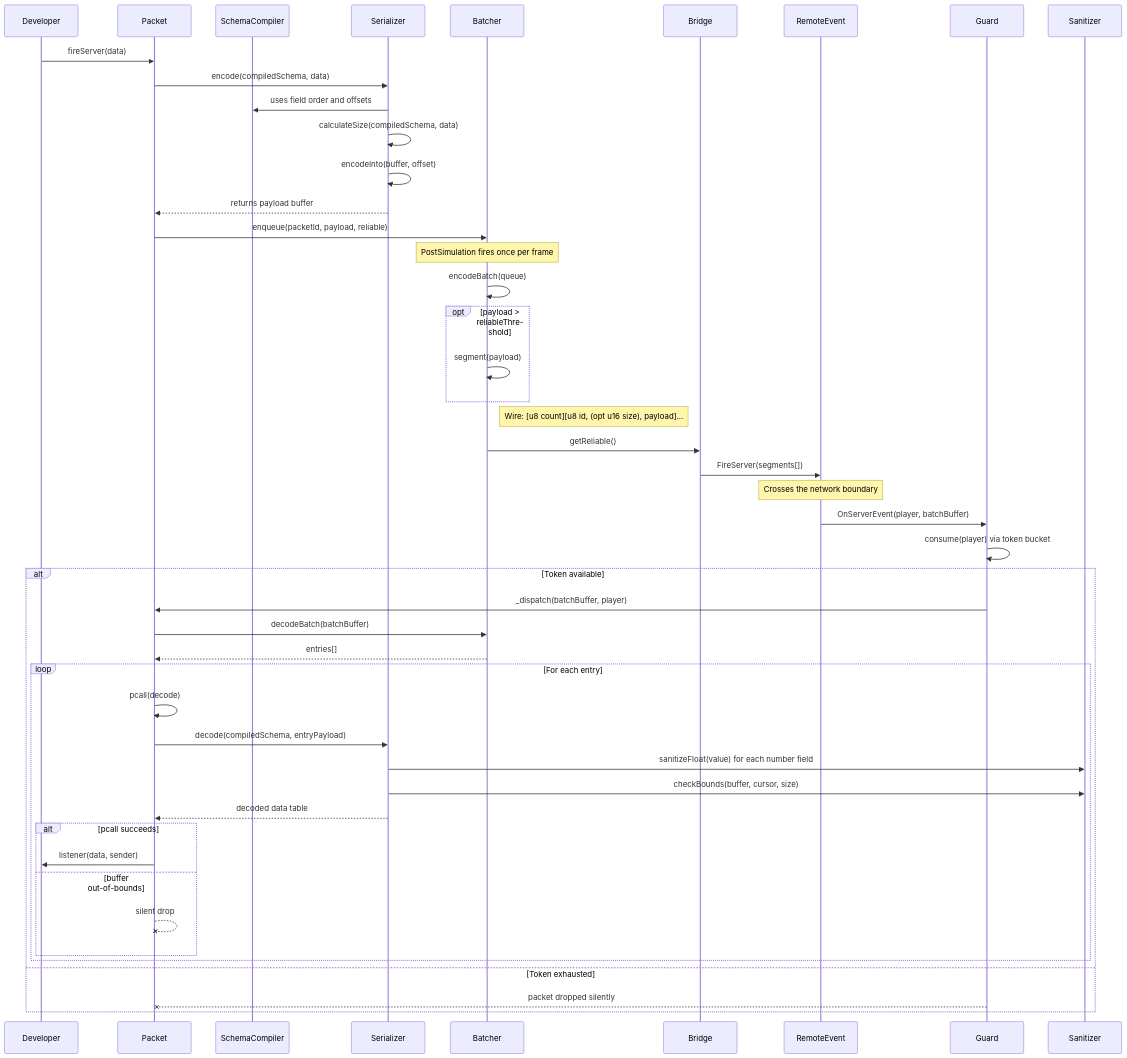
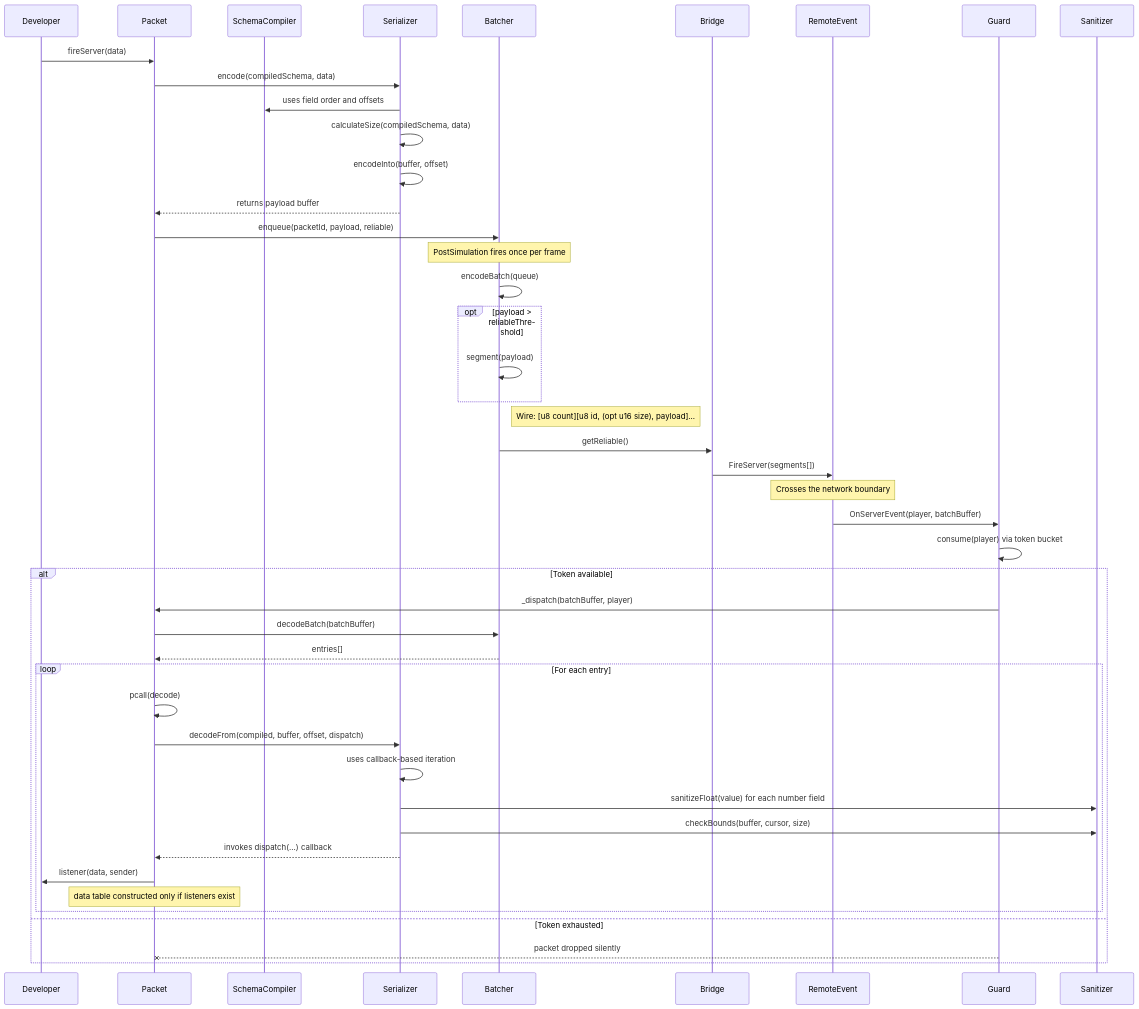
Before and after one commit to kurang-dana/satset: the first of 2 diagrams in docs/guide/architecture.md, drawn with Mermaid. The commit also changed 5 other files, not shown here.

````diff
--- a/docs/guide/architecture.md
+++ b/docs/guide/architecture.md
@@ -22,55 +22,53 @@
 ```mermaid
 sequenceDiagram
     participant Dev as Developer
     participant PK as Packet
     participant SC as SchemaCompiler
     participant SR as Serializer
     participant BT as Batcher
     participant BR as Bridge
     participant RE as RemoteEvent
     participant GD as Guard
     participant SN as Sanitizer
 
     Dev->>PK: fireServer(data)
     PK->>SR: encode(compiledSchema, data)
     SR->>SC: uses field order and offsets
     SR->>SR: calculateSize(compiledSchema, data)
     SR->>SR: encodeInto(buffer, offset)
     SR-->>PK: returns payload buffer
 
     PK->>BT: enqueue(packetId, payload, reliable)
 
     Note over BT: PostSimulation fires once per frame
 
     BT->>BT: encodeBatch(queue)
     opt payload > reliableThreshold
         BT->>BT: segment(payload)
     end
     Note right of BT: Wire: [u8 count][u8 id, (opt u16 size), payload]...
     BT->>BR: getReliable()
     BR->>RE: FireServer(segments[])
 
     Note over RE: Crosses the network boundary
 
     RE->>GD: OnServerEvent(player, batchBuffer)
     GD->>GD: consume(player) via token bucket
     alt Token available
         GD->>PK: _dispatch(batchBuffer, player)
         PK->>BT: decodeBatch(batchBuffer)
         BT-->>PK: entries[]
         loop For each entry
             PK->>PK: pcall(decode)
-            PK->>SR: decode(compiledSchema, entryPayload)
+            PK->>SR: decodeFrom(compiled, buffer, offset, dispatch)
+            SR->>SR: uses callback-based iteration
             SR->>SN: sanitizeFloat(value) for each number field
             SR->>SN: checkBounds(buffer, cursor, size)
-            SR-->>PK: decoded data table
-            alt pcall succeeds
-                PK->>Dev: listener(data, sender)
-            else buffer out-of-bounds
-                PK--xPK: silent drop
-            end
+            SR-->>PK: invokes dispatch(...) callback
+            PK->>Dev: listener(data, sender)
+            Note over PK: data table constructed only if listeners exist
         end
     else Token exhausted
         GD--xPK: packet dropped silently
     end
 ```
````
